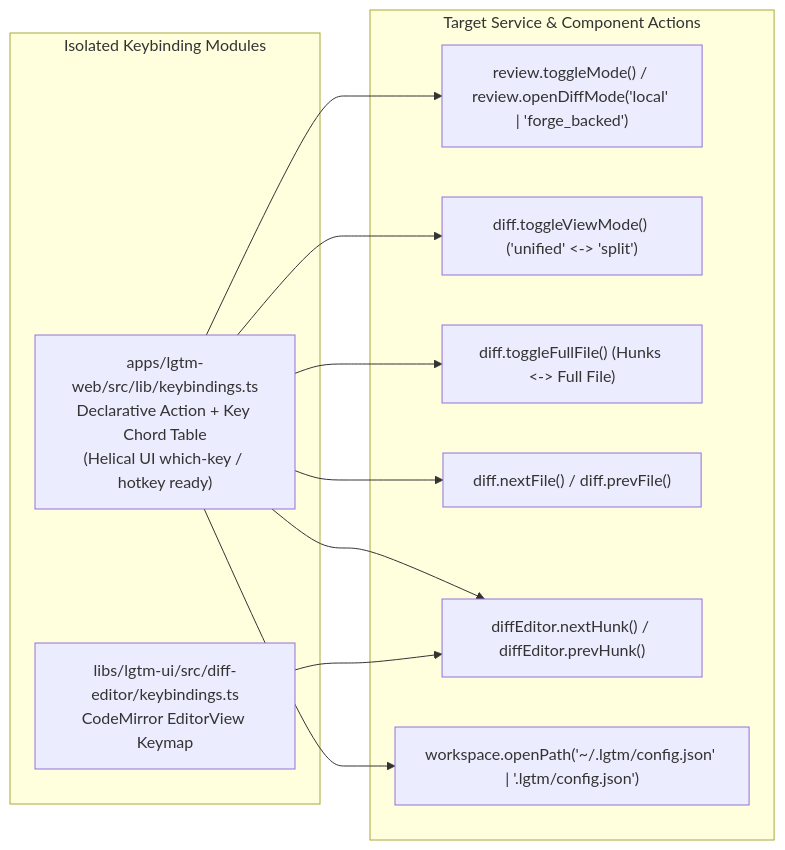
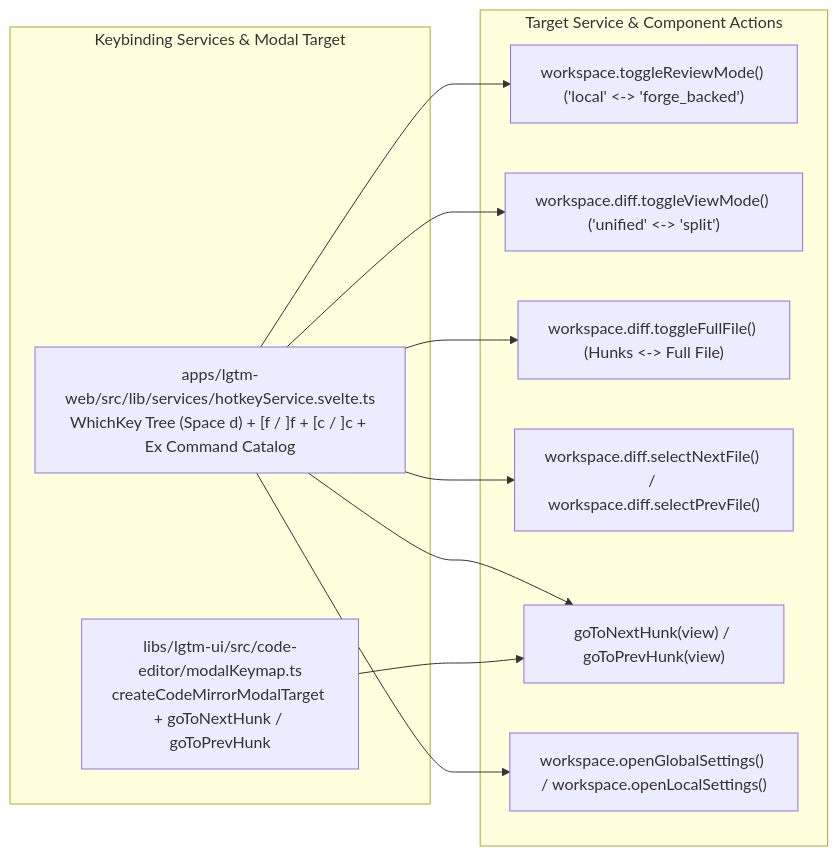
The sixth of 6 diagrams in docs/architecture/desktop/diffs.md (difflab-io/lgtm), drawn with Mermaid before and after one commit. The commit also changed other lines of this file and 19 other files, not shown here.

Commit message:
fix(desktop,web,ui,docs): address PR #18 review findings

````diff
--- a/docs/architecture/desktop/diffs.md
+++ b/docs/architecture/desktop/diffs.md
@@ -347,24 +348,24 @@
 ```mermaid
 flowchart LR
-    subgraph Registry["Isolated Keybinding Modules"]
-        WEB_KEYS["apps/lgtm-web/src/lib/keybindings.ts\nDeclarative Action + Key Chord Table\n(Helical UI which-key / hotkey ready)"]
-        CM_KEYS["libs/lgtm-ui/src/diff-editor/keybindings.ts\nCodeMirror EditorView Keymap"]
+    subgraph Registry["Keybinding Services & Modal Target"]
+        WEB_KEYS["apps/lgtm-web/src/lib/services/hotkeyService.svelte.ts\nWhichKey Tree (Space d) + [f / ]f + [c / ]c + Ex Command Catalog"]
+        CM_KEYS["libs/lgtm-ui/src/code-editor/modalKeymap.ts\ncreateCodeMirrorModalTarget + goToNextHunk / goToPrevHunk"]
     end
 
     subgraph Actions["Target Service & Component Actions"]
-        ACT_MODE["review.toggleMode() / review.openDiffMode('local' | 'forge_backed')"]
-        ACT_VIEW["diff.toggleViewMode() ('unified' <-> 'split')"]
-        ACT_FULL["diff.toggleFullFile() (Hunks <-> Full File)"]
-        ACT_FILE["diff.nextFile() / diff.prevFile()"]
-        ACT_HUNK["diffEditor.nextHunk() / diffEditor.prevHunk()"]
-        ACT_CFG["workspace.openPath('~/.lgtm/config.json' | '.lgtm/config.json')"]
+        ACT_MODE["workspace.toggleReviewMode() ('local' <-> 'forge_backed')"]
+        ACT_VIEW["workspace.diff.toggleViewMode() ('unified' <-> 'split')"]
+        ACT_FULL["workspace.diff.toggleFullFile() (Hunks <-> Full File)"]
+        ACT_FILE["workspace.diff.selectNextFile() / workspace.diff.selectPrevFile()"]
+        ACT_HUNK["goToNextHunk(view) / goToPrevHunk(view)"]
+        ACT_CFG["workspace.openGlobalSettings() / workspace.openLocalSettings()"]
     end
 
     WEB_KEYS --> ACT_MODE
     WEB_KEYS --> ACT_VIEW
     WEB_KEYS --> ACT_FULL
     WEB_KEYS --> ACT_FILE
     WEB_KEYS --> ACT_HUNK
     WEB_KEYS --> ACT_CFG
     CM_KEYS --> ACT_HUNK
 ```
````
